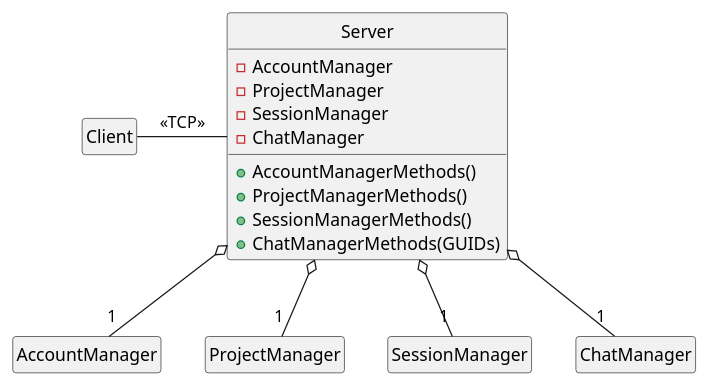
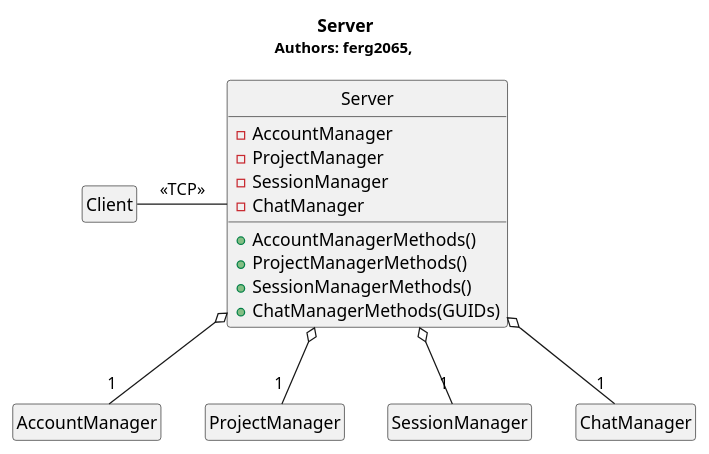
Before and after one commit to voxelv/sQuire_kw: the diagram in hw3/Server/server.pu, drawn with PlantUML. The commit also changed 19 other files, not shown here.

```diff
--- a/hw3/Server/server.pu
+++ b/hw3/Server/server.pu
@@ -1,36 +1,38 @@
 @startuml
 hide circle
 hide empty members
+
+Title <b>Server</b>\n<size:12>Authors: ferg2065, </size>
 
 class "Client" as sq
 class "Server" as sqs{
 	-AccountManager
 	-ProjectManager
 	-SessionManager
 	-ChatManager
 	+AccountManagerMethods()
 	+ProjectManagerMethods()
 	+SessionManagerMethods()
 	+ChatManagerMethods(GUIDs)
 	}
 class "AccountManager" as sqs_ua_m
 class "ProjectManager" as sqs_pr_m
 class "SessionManager" as sqs_se_m
 class "ChatManager" as sqs_ch_m
 
 sq -right- sqs : <<TCP>>
 
 sqs o-- "1" sqs_pr_m 
 sqs o-- "1" sqs_ua_m
 sqs o-- "1" sqs_se_m
 sqs o-- "1" sqs_ch_m
 
 
 
 
 
 
 
 
 
 @enduml
```
